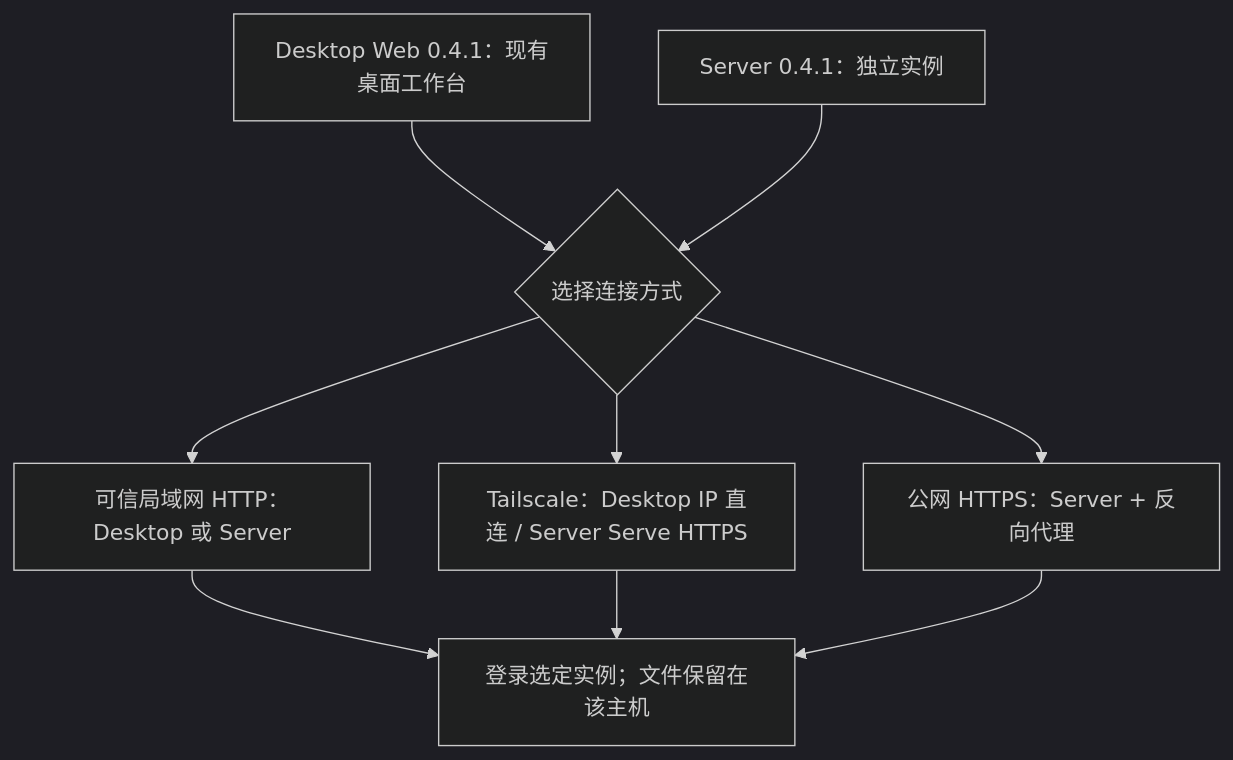
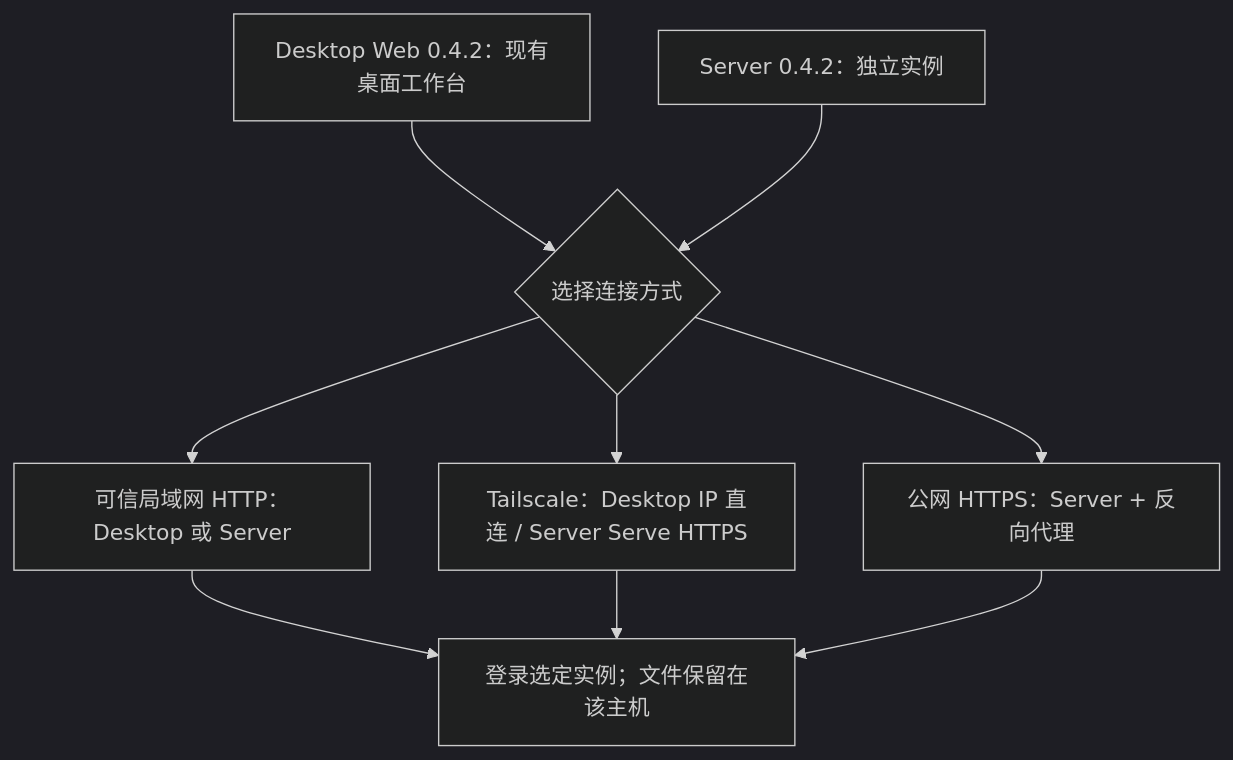
One commit to 1443205008/rovai-ai changed the diagram in website/site/public/assets/diagrams/deployment-choice-zh.mmd. Above: the diagram before and after it, drawn with Mermaid (dark theme). The commit also changed 11 other files, not shown here.

```diff
--- a/website/site/public/assets/diagrams/deployment-choice-zh.mmd
+++ b/website/site/public/assets/diagrams/deployment-choice-zh.mmd
@@ -1,12 +1,12 @@
 flowchart TB
-  desktop["Desktop Web 0.4.1：现有桌面工作台"]
-  server["Server 0.4.1：独立实例"]
+  desktop["Desktop Web 0.4.2：现有桌面工作台"]
+  server["Server 0.4.2：独立实例"]
   choice{"选择连接方式"}
   desktop --> choice
   server --> choice
   choice --> lan["可信局域网 HTTP：Desktop 或 Server"]
   choice --> ts["Tailscale：Desktop IP 直连 / Server Serve HTTPS"]
   choice --> public["公网 HTTPS：Server + 反向代理"]
   lan --> login["登录选定实例；文件保留在该主机"]
   ts --> login
   public --> login
```
